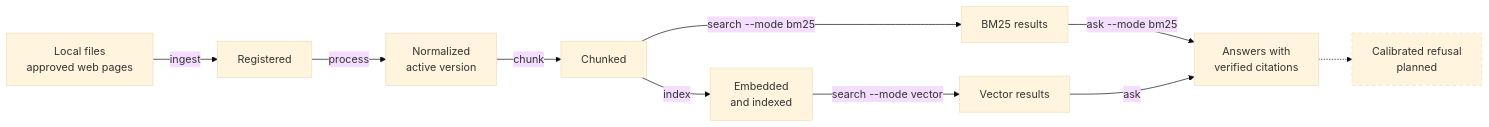
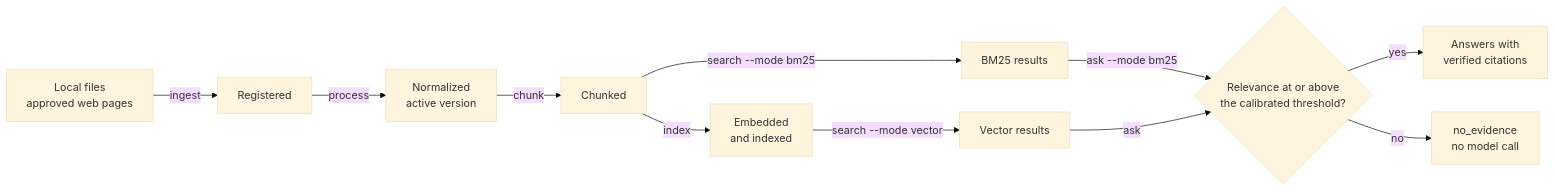
One commit to SyedMuhammadUbaidUrRehman22/TechDocQA changed the first of 3 diagrams in README.md. Above: the diagram before and after it, drawn with Mermaid (base theme). The commit also changed other lines of this file and 31 other files, not shown here.

First line of the commit message:
feat: implement phase 8 calibrated refusal and P0 reconciliation

````diff
--- a/README.md
+++ b/README.md
@@ -22,14 +22,13 @@
 ```mermaid
 flowchart LR
   A[Local files<br/>approved web pages] -->|ingest| B[Registered]
   B -->|process| C[Normalized<br/>active version]
   C -->|chunk| D[Chunked]
   D -->|index| E[Embedded<br/>and indexed]
   D -->|search --mode bm25| F[BM25 results]
   E -->|search --mode vector| G[Vector results]
-  F -->|ask --mode bm25| H[Answers with<br/>verified citations]
-  G -->|ask| H
-  H -.-> I[Calibrated refusal<br/>planned]
-  classDef planned stroke-dasharray: 5 5
-  class I planned
+  F -->|ask --mode bm25| S{Relevance at or above<br/>the calibrated threshold?}
+  G -->|ask| S
+  S -->|yes| H[Answers with<br/>verified citations]
+  S -->|no| I[no_evidence<br/>no model call]
 ```
````
